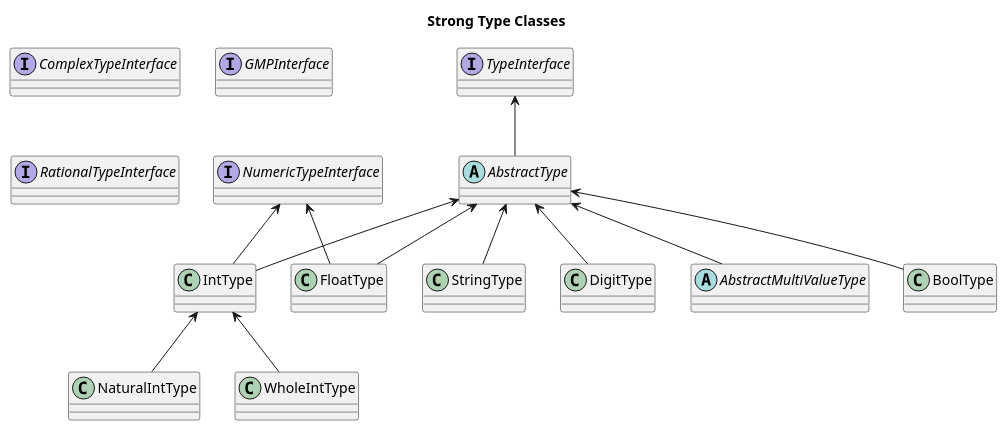
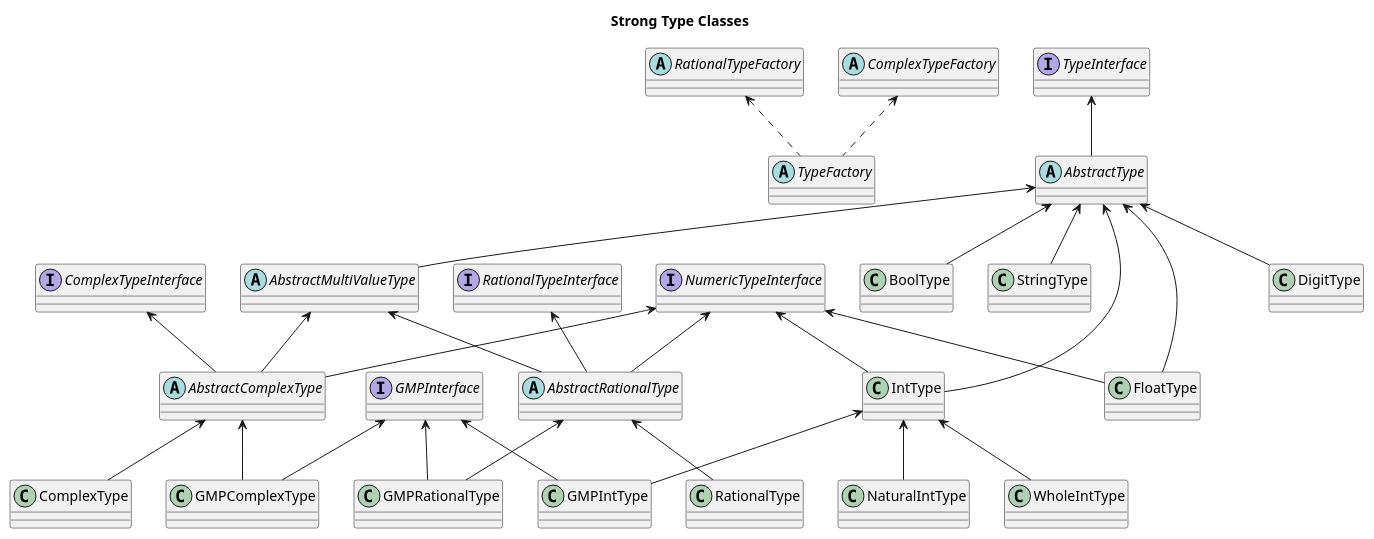
Before and after one commit to chippyash/Strong-Type: the diagram in docs/strong-type-class.puml, drawn with PlantUML. The commit also changed 3 other files, not shown here.

Commit message:
add class uml

```diff
--- a/docs/strong-type-class.puml
+++ b/docs/strong-type-class.puml
@@ -1,43 +1,80 @@
 @startuml
 title Strong Type Classes
+
+abstract class TypeFactory
+
+abstract class RationalTypeFactory
+
+abstract class ComplexTypeFactory
+
+RationalTypeFactory <.. TypeFactory
+ComplexTypeFactory <.. TypeFactory
 
 interface ComplexTypeInterface
 
 interface GMPInterface
 
 interface NumericTypeInterface
 
 interface RationalTypeInterface
 
 interface TypeInterface
 
 abstract class AbstractType
 
 abstract class AbstractMultiValueType
 
+abstract class AbstractRationalType
+
+abstract class AbstractComplexType
+
 class BoolType
 
 class StringType
 
 class IntType
 
 class NaturalIntType
 
 class WholeIntType
 
 class FloatType
 
 class DigitType
 
+class GMPIntType
+
+class RationalType
+
+class GMPRationalType
+
+class ComplexType
+
+class GMPComplexType
+
 TypeInterface <-- AbstractType
 AbstractType <-- AbstractMultiValueType
 AbstractType <-- BoolType
 AbstractType <-- StringType
 AbstractType <-- DigitType
 AbstractType <-- IntType
 NumericTypeInterface <-- IntType
 IntType <-- NaturalIntType
 IntType <-- WholeIntType
+IntType <-- GMPIntType
 AbstractType <-- FloatType
 NumericTypeInterface <-- FloatType
+GMPInterface <-- GMPIntType
+RationalTypeInterface <-- AbstractRationalType
+NumericTypeInterface <-- AbstractRationalType
+AbstractMultiValueType <-- AbstractRationalType
+AbstractRationalType <-- RationalType
+AbstractRationalType <-- GMPRationalType
+GMPInterface <-- GMPRationalType
+AbstractMultiValueType <-- AbstractComplexType
+ComplexTypeInterface <-- AbstractComplexType
+NumericTypeInterface <-- AbstractComplexType
+AbstractComplexType <-- ComplexType
+AbstractComplexType <-- GMPComplexType
+GMPInterface <-- GMPComplexType
 @enduml
```
